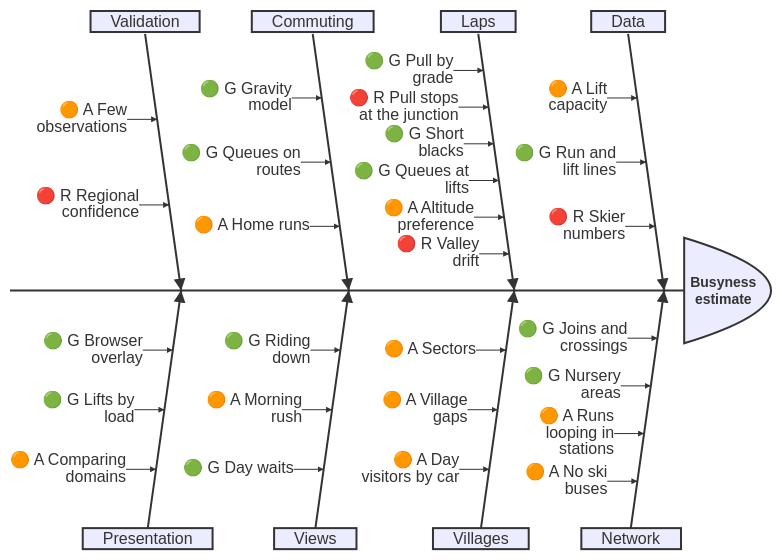
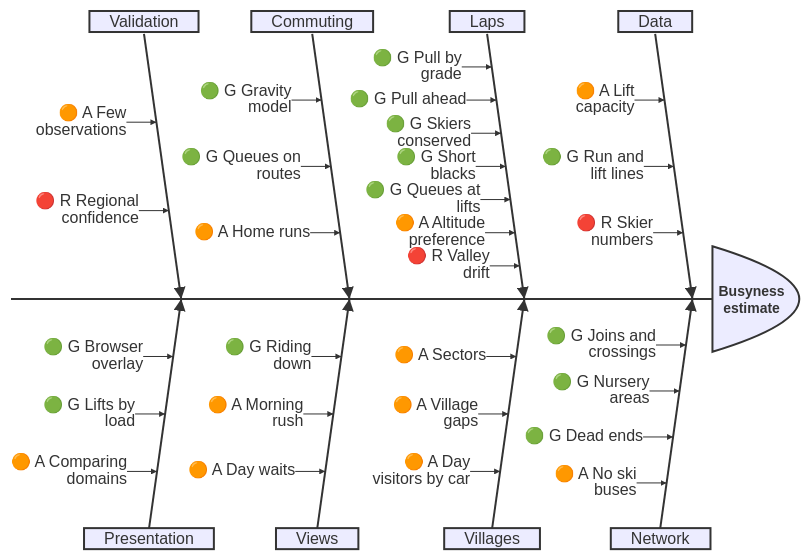
One commit to AntonyM71/ski-altitude-explorer changed the diagram in docs/known-issues.md. Above: the diagram before and after it, drawn with Mermaid. The commit also changed other lines of this file and 54 other files, not shown here.

First line of the commit message:
Simulate the day, with every skier conserved

````diff
--- a/docs/known-issues.md
+++ b/docs/known-issues.md
@@ -25,39 +25,40 @@
 ```mermaid
 ishikawa-beta
     Busyness estimate
     Data
         🟠 A Lift capacity
         🟢 G Run and lift lines
         🔴 R Skier numbers
     Network
         🟢 G Joins and crossings
         🟢 G Nursery areas
-        🟠 A Runs looping in stations
+        🟢 G Dead ends
         🟠 A No ski buses
     Laps
         🟢 G Pull by grade
-        🔴 R Pull stops at the junction
+        🟢 G Pull ahead
+        🟢 G Skiers conserved
         🟢 G Short blacks
         🟢 G Queues at lifts
         🟠 A Altitude preference
         🔴 R Valley drift
     Villages
         🟠 A Sectors
         🟠 A Village gaps
         🟠 A Day visitors by car
     Commuting
         🟢 G Gravity model
         🟢 G Queues on routes
         🟠 A Home runs
     Views
         🟢 G Riding down
         🟠 A Morning rush
-        🟢 G Day waits
+        🟠 A Day waits
     Validation
         🟠 A Few observations
         🔴 R Regional confidence
     Presentation
         🟢 G Browser overlay
         🟢 G Lifts by load
         🟠 A Comparing domains
 ```
````
